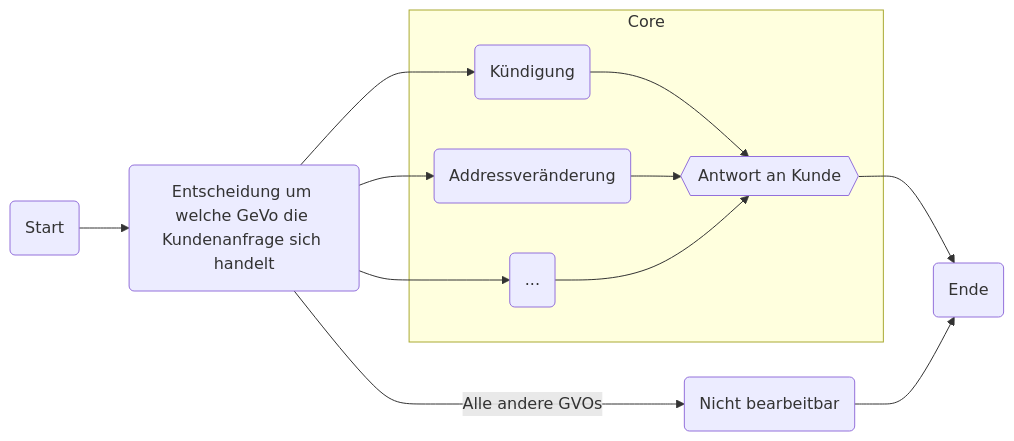
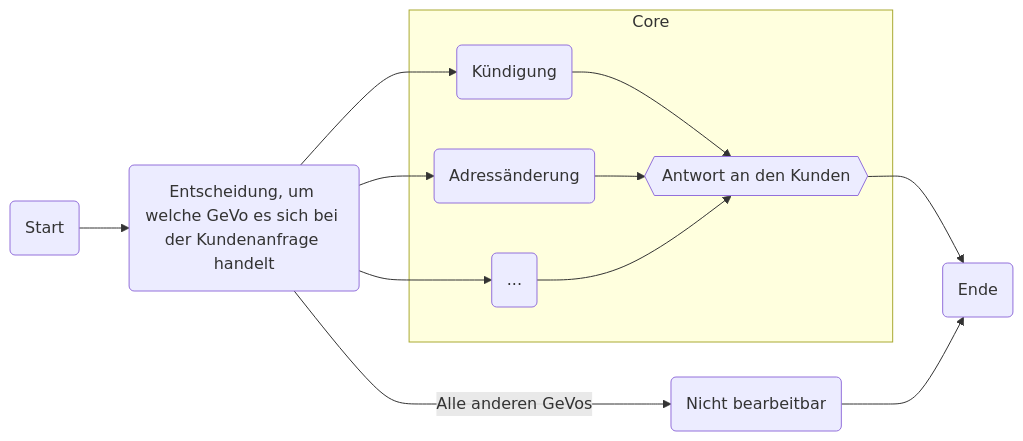
The first of 10 diagrams in slides.md (FausztBenedek/fcb-presentation-ki-workflow), drawn with Mermaid before and after one commit. The commit also changed other lines of this file, not shown here.

````diff
--- a/slides.md
+++ b/slides.md
@@ -212,28 +209,28 @@
 ```mermaid
 
 graph LR
 
     __START__(Start)
     __START__ --> pre_process
-    pre_process("Entscheidung um welche GeVo die Kundenanfrage sich handelt")
-    pre_process -->|Alle andere GVOs| uncovered
+    pre_process("Entscheidung, um welche GeVo es sich bei der Kundenanfrage handelt")
+    pre_process -->|Alle anderen GeVos| uncovered
     pre_process --> termination
     pre_process --> address_change
     pre_process --> other
     subgraph Core
         termination("Kündigung")
         termination --> answer
 
-        address_change("Addressveränderung")
+        address_change("Adressänderung")
         address_change --> answer
 
         other("...")
         other --> answer
 
     end
-    answer{{"Antwort an Kunde"}}
+    answer{{"Antwort an den Kunden"}}
     answer --> __END__
     __END__(Ende)
     uncovered("Nicht bearbeitbar") --> __END__;
 
 ```
````
